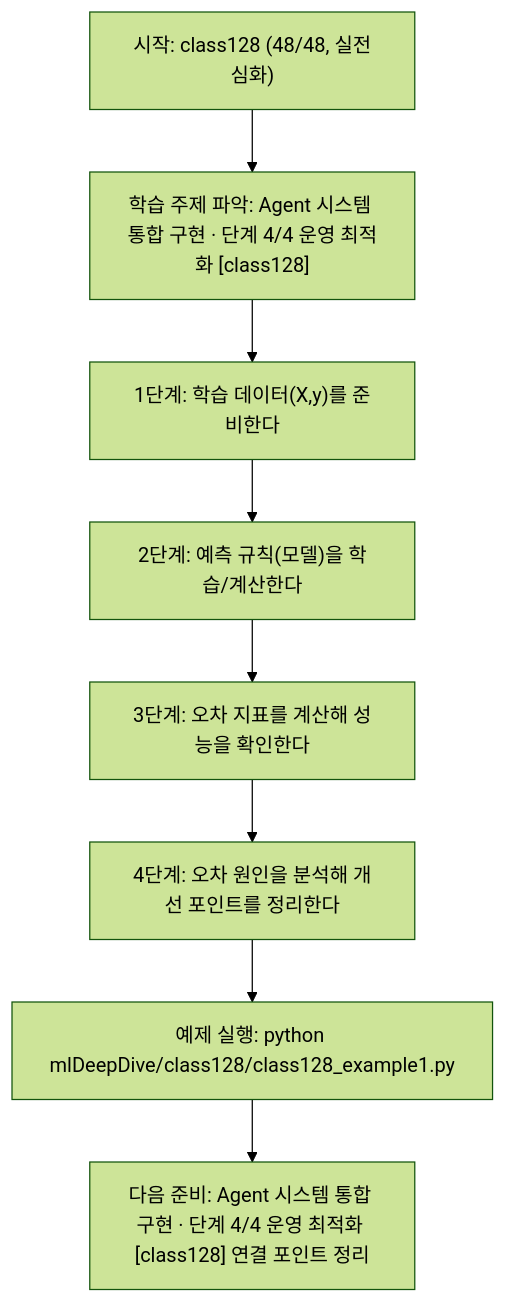
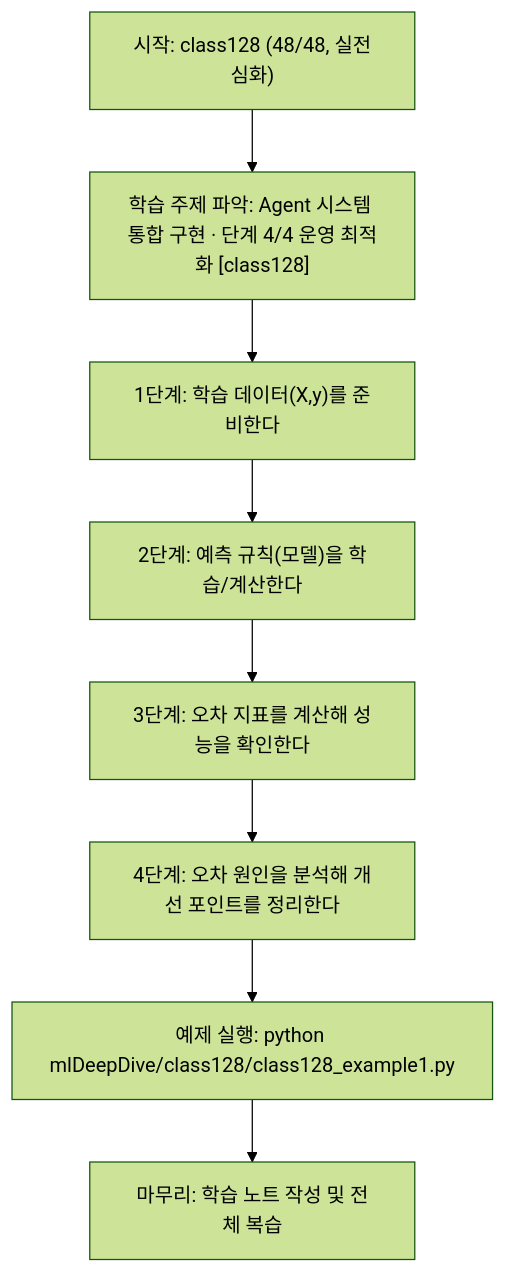
The diagram in mlDeepDive/class128/class128.md (edumgt/Python-AI_Agent-Class), drawn with Mermaid (forest theme) before and after one commit. The commit also changed other lines of this file and 338 other files, not shown here.

````diff
--- a/mlDeepDive/class128/class128.md
+++ b/mlDeepDive/class128/class128.md
@@ -111,18 +91,18 @@
 ```mermaid
 flowchart TD
 N1["시작: class128 (48/48, 실전심화)"]
 N2["학습 주제 파악: Agent 시스템 통합 구현 · 단계 4/4 운영 최적화 [class128]"]
 N3["1단계: 학습 데이터(X,y)를 준비한다"]
 N4["2단계: 예측 규칙(모델)을 학습/계산한다"]
 N5["3단계: 오차 지표를 계산해 성능을 확인한다"]
 N6["4단계: 오차 원인을 분석해 개선 포인트를 정리한다"]
 N7["예제 실행: python mlDeepDive/class128/class128_example1.py"]
-N8["다음 준비: Agent 시스템 통합 구현 · 단계 4/4 운영 최적화 [class128] 연결 포인트 정리"]
+N8["마무리: 학습 노트 작성 및 전체 복습"]
 N1 --> N2
 N2 --> N3
 N3 --> N4
 N4 --> N5
 N5 --> N6
 N6 --> N7
 N7 --> N8
 ```
````
